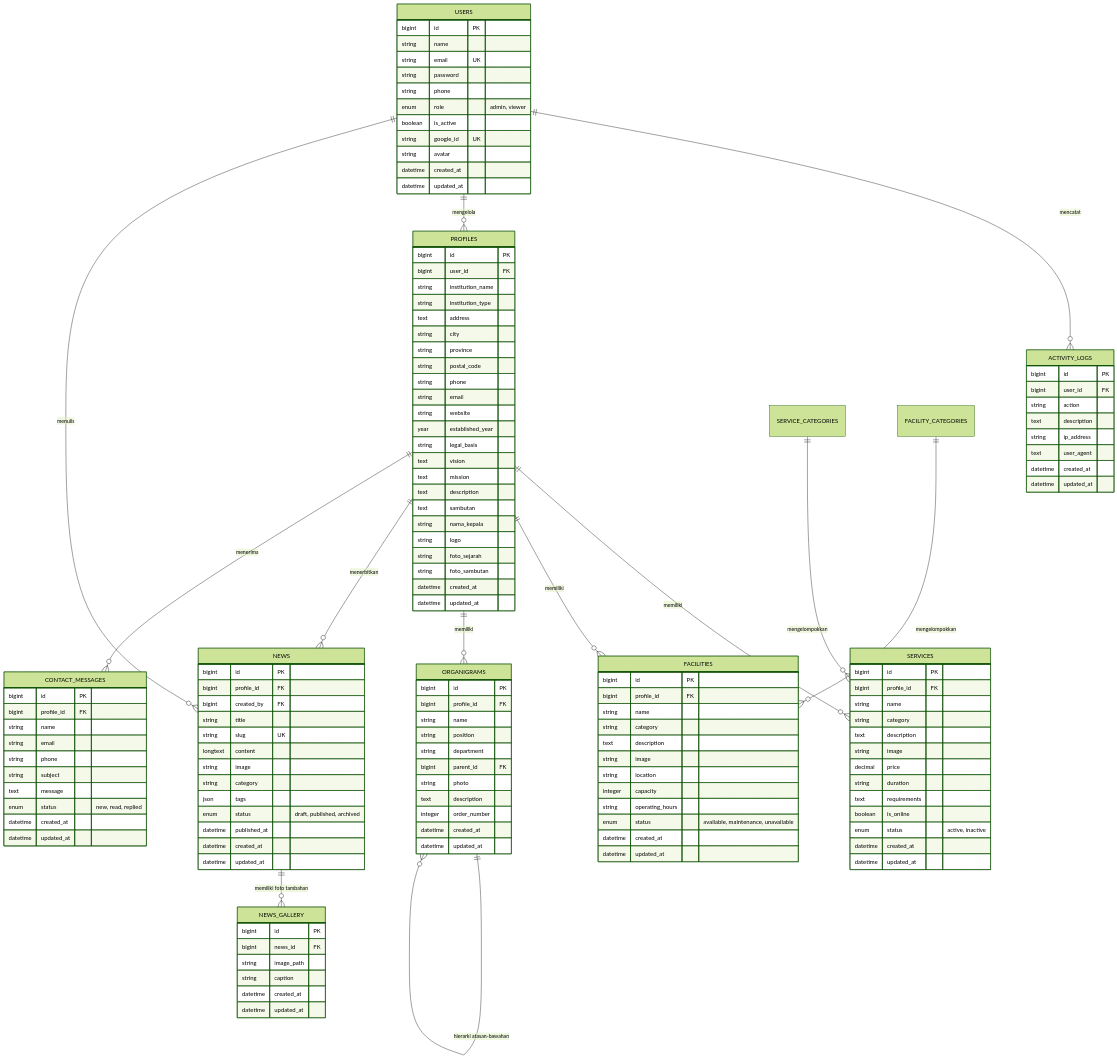
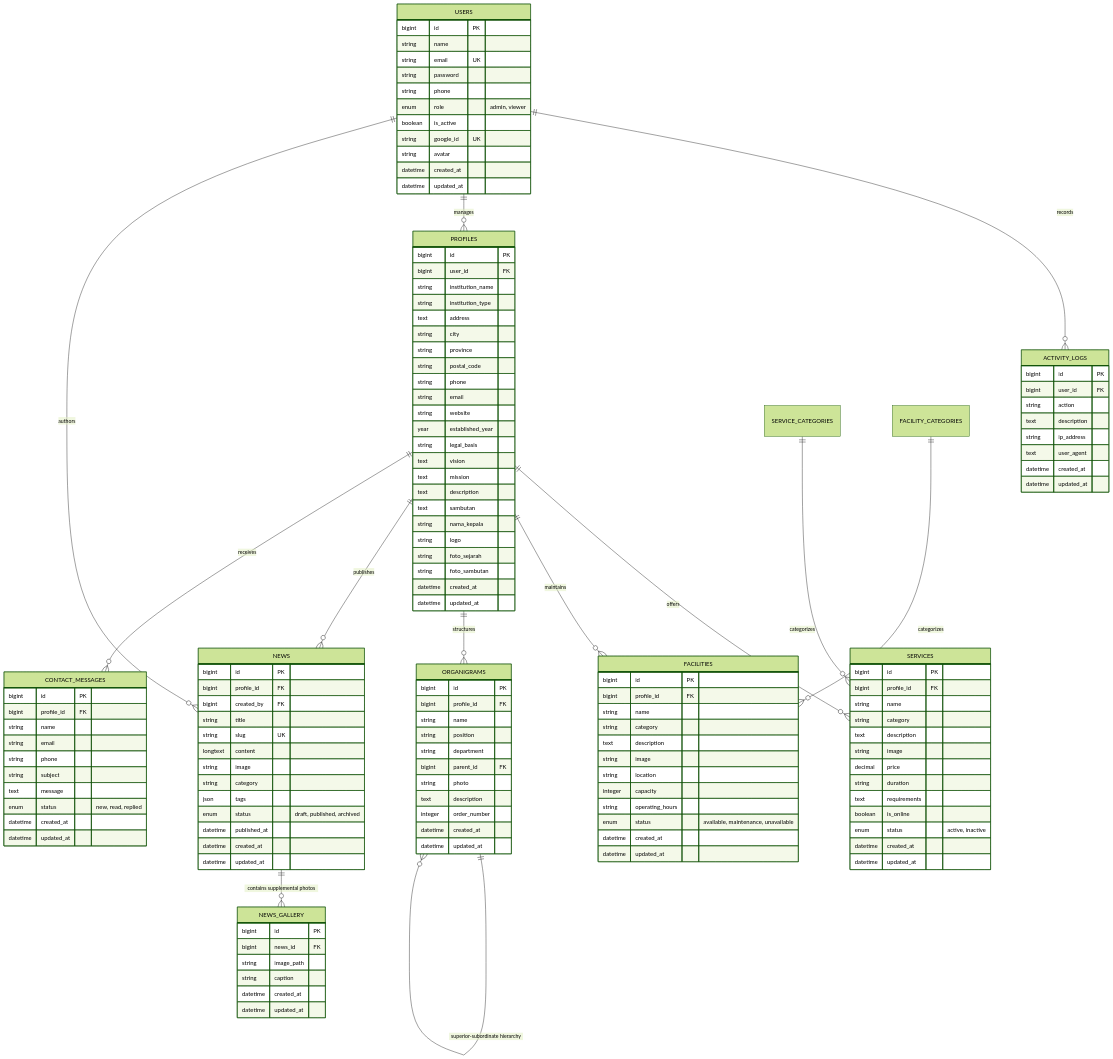
Before and after one commit to zan-ux/BLUD_SMKN2PURWAKARTA: the diagram in document/database.md, drawn with Mermaid (forest theme). The commit also changed other lines of this file and 7 other files, not shown here.

Commit message:
modified:   README.md 	modified:   document/README.md 	modified:   document/api.md 	modified:   document/architecture.md 	modified:   document/auth.md 	modified:   document/database.md 	modified:   document/features.md 	modified:   document/setup.md

````diff
--- a/document/database.md
+++ b/document/database.md
@@ -8,21 +9,21 @@
 ```mermaid
 erDiagram
-    USERS ||--o{ ACTIVITY_LOGS : "mencatat"
-    USERS ||--o{ PROFILES : "mengelola"
-    USERS ||--o{ NEWS : "menulis"
+    USERS ||--o{ ACTIVITY_LOGS : "records"
+    USERS ||--o{ PROFILES : "manages"
+    USERS ||--o{ NEWS : "authors"
     
-    PROFILES ||--o{ SERVICES : "memiliki"
-    PROFILES ||--o{ FACILITIES : "memiliki"
-    PROFILES ||--o{ ORGANIGRAMS : "memiliki"
-    PROFILES ||--o{ NEWS : "menerbitkan"
-    PROFILES ||--o{ CONTACT_MESSAGES : "menerima"
+    PROFILES ||--o{ SERVICES : "offers"
+    PROFILES ||--o{ FACILITIES : "maintains"
+    PROFILES ||--o{ ORGANIGRAMS : "structures"
+    PROFILES ||--o{ NEWS : "publishes"
+    PROFILES ||--o{ CONTACT_MESSAGES : "receives"
 
-    SERVICE_CATEGORIES ||--o{ SERVICES : "mengelompokkan"
-    FACILITY_CATEGORIES ||--o{ FACILITIES : "mengelompokkan"
+    SERVICE_CATEGORIES ||--o{ SERVICES : "categorizes"
+    FACILITY_CATEGORIES ||--o{ FACILITIES : "categorizes"
 
-    NEWS ||--o{ NEWS_GALLERY : "memiliki foto tambahan"
+    NEWS ||--o{ NEWS_GALLERY : "contains supplemental photos"
 
-    ORGANIGRAMS ||--o{ ORGANIGRAMS : "hierarki atasan-bawahan"
+    ORGANIGRAMS ||--o{ ORGANIGRAMS : "superior-subordinate hierarchy"
 
     USERS {
         bigint id PK
````
